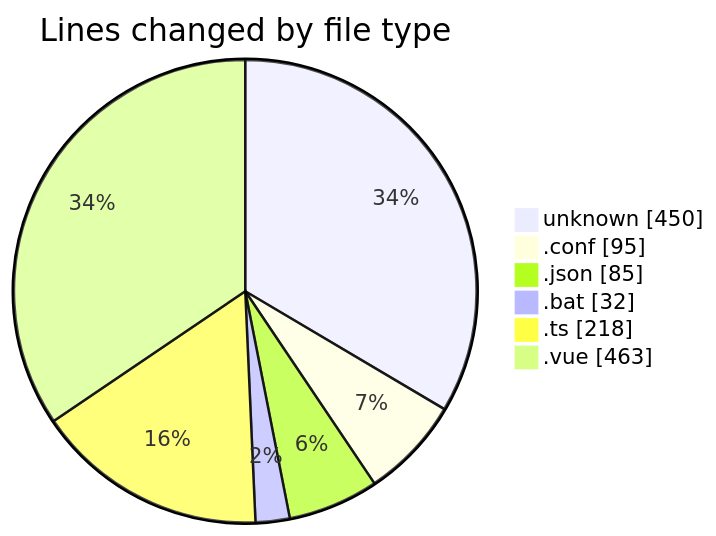
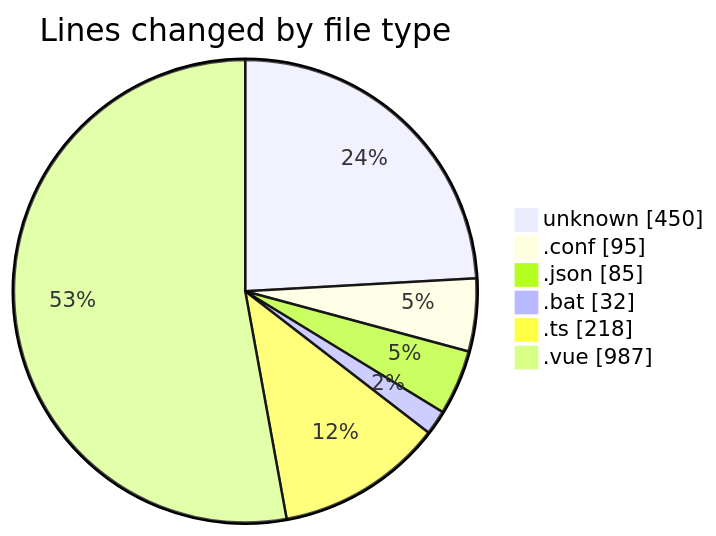
One commit to lephambinh05/code-tracking changed the first of 2 diagrams in 2025-07-12/shopaccv1/README.md. Above: the diagram before and after it, drawn with Mermaid. The commit also changed other lines of this file and 1 other file, not shown here.

````diff
--- a/2025-07-12/shopaccv1/README.md
+++ b/2025-07-12/shopaccv1/README.md
@@ -31,10 +34,10 @@
 ```mermaid
 pie showData
 title Lines changed by file type
 "unknown" : 450
 ".conf" : 95
 ".json" : 85
 ".bat" : 32
 ".ts" : 218
-".vue" : 463
+".vue" : 987
 ```
````
